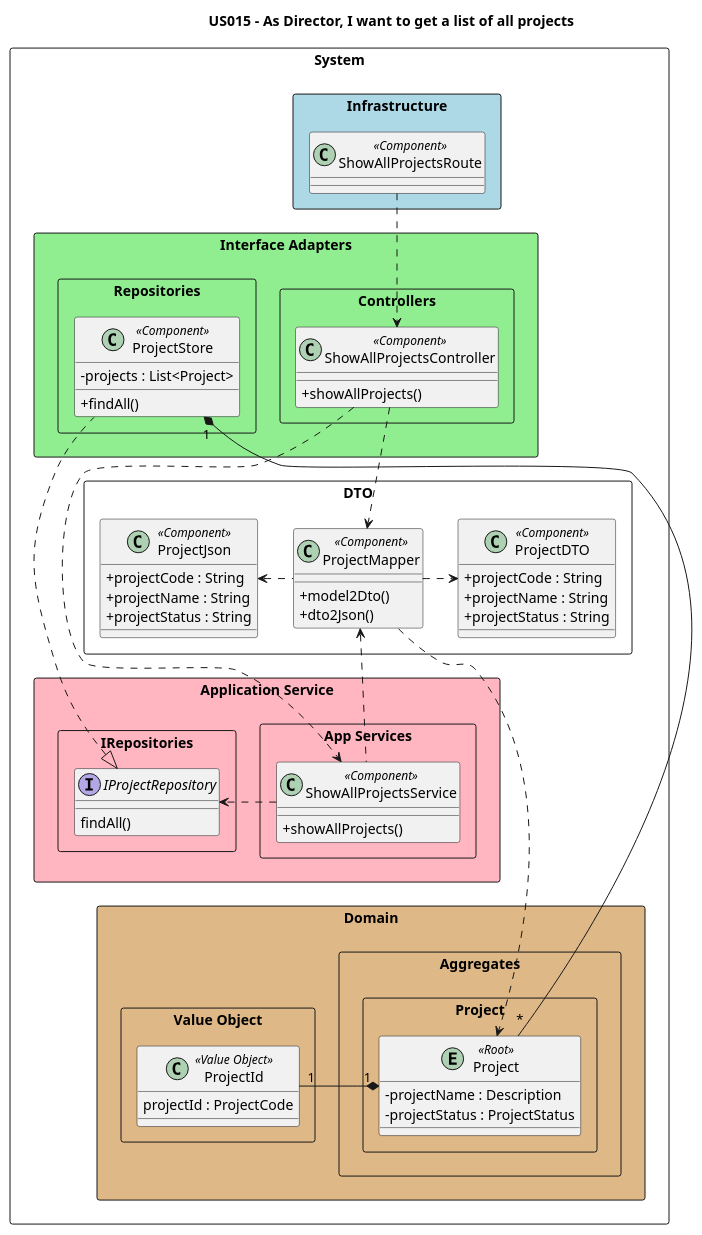
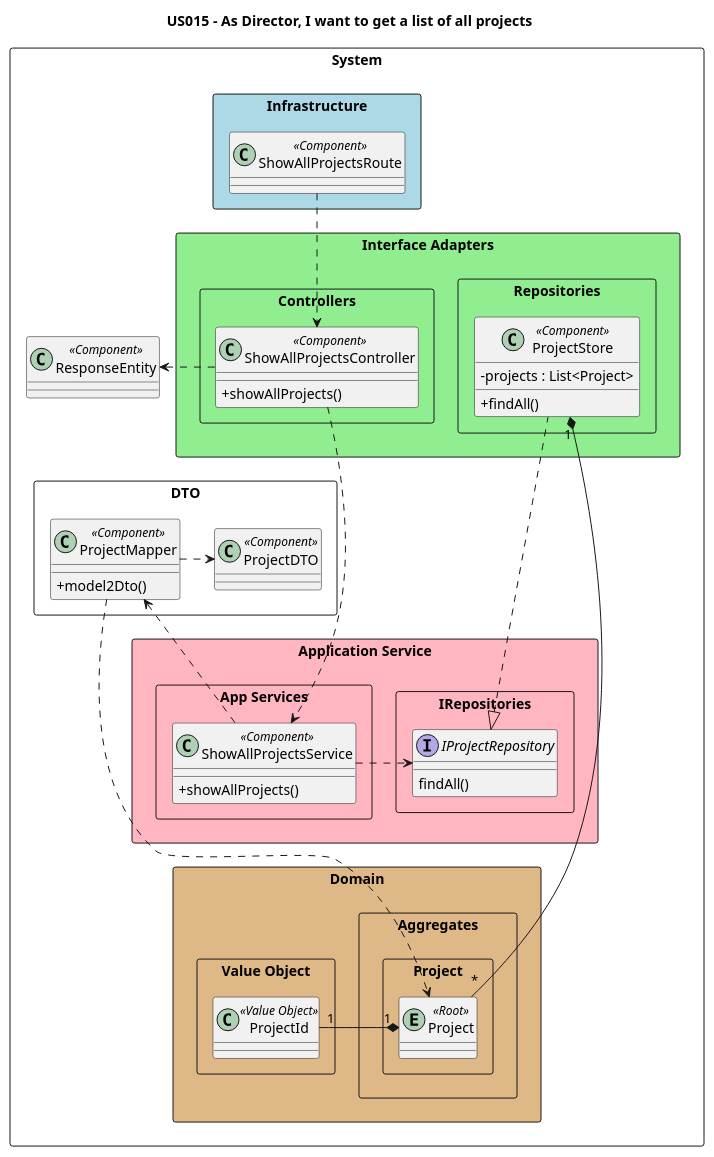
Before and after one commit to nunogon1211787/projectManagement: the diagram in docs/Sprint2/US015/US015-CD.puml, drawn with PlantUML. The commit also changed 13 other files, not shown here.

Commit message:
US017: Implementation: redo code with new diagrams to a DDD/Onion Architecture/Restful API project. Addresses #160

```diff
--- a/docs/Sprint2/US015/US015-CD.puml
+++ b/docs/Sprint2/US015/US015-CD.puml
@@ -1,88 +1,74 @@
 @startuml
 'https://plantuml.com/class-diagram
 
 title US015 - As Director, I want to get a list of all projects
 
 skinparam classAttributeIconSize 0
 
 package "System" <<Rectangle>> {
 
 package "Infrastructure" <<Rectangle>> #lightblue  {
 class "ShowAllProjectsRoute" as route << Component >>
 }
 
 package "Interface Adapters" <<Rectangle>> #lightgreen {
 package "Controllers" <<rectangle>>{
 class "ShowAllProjectsController" as ctrl << Component >> {
 +showAllProjects()
 }
 }
 package "Repositories" <<rectangle>>{
 class "ProjectStore" as store << Component >> {
 -projects : List<Project>
 +findAll()
 }
 }
 }
 
 package "Application Service" <<Rectangle>> #lightpink{
 package "App Services" <<rectangle>>{
 class "ShowAllProjectsService" as srv << Component >> {
 +showAllProjects()
 }
 }
 package "IRepositories" <<rectangle>>{
 interface "IProjectRepository" as repo{
 findAll()
 }
 }
 }
 
 package "Domain" <<Rectangle>> #burlywood{
 package "Aggregates" <<rectangle>>{
 package "Project" <<Rectangle>>{
-entity "Project" as proj << Root >> {
--projectName : Description
--projectStatus : ProjectStatus
-}
+entity "Project" as proj << Root >>
 }
 }
 package "Value Object" <<rectangle>>{
-class "ProjectId" as pId << Value Object >> {
-projectId : ProjectCode
-}
+class "ProjectId" as pId << Value Object >>
 }
 }
 
 package "DTO" <<rectangle>>{
 class "ProjectMapper" as map <<Component>> {
 + model2Dto()
-+ dto2Json()
 }
-class "ProjectDTO" as dto <<Component>>{
-+ projectCode : String
-+ projectName : String
-+ projectStatus : String
+class "ProjectDTO" as dto <<Component>>
 }
 
-class "ProjectJson" as json <<Component>>{
-+ projectCode : String
-+ projectName : String
-+ projectStatus : String
-}
-}
+class "ResponseEntity" as json <<Component>>
+
 }
 
 route .d.> ctrl
 ctrl .d..> srv
 srv .r.> repo
 repo <|.. store
 store "1"*----"*" proj
 proj "1"*-l-"1" pId
-ctrl .d.> map
 srv .u.> map
 map .r.> dto
-map .l.> json
+ctrl .l.> json
 map ..> proj
 
 @enduml
```
